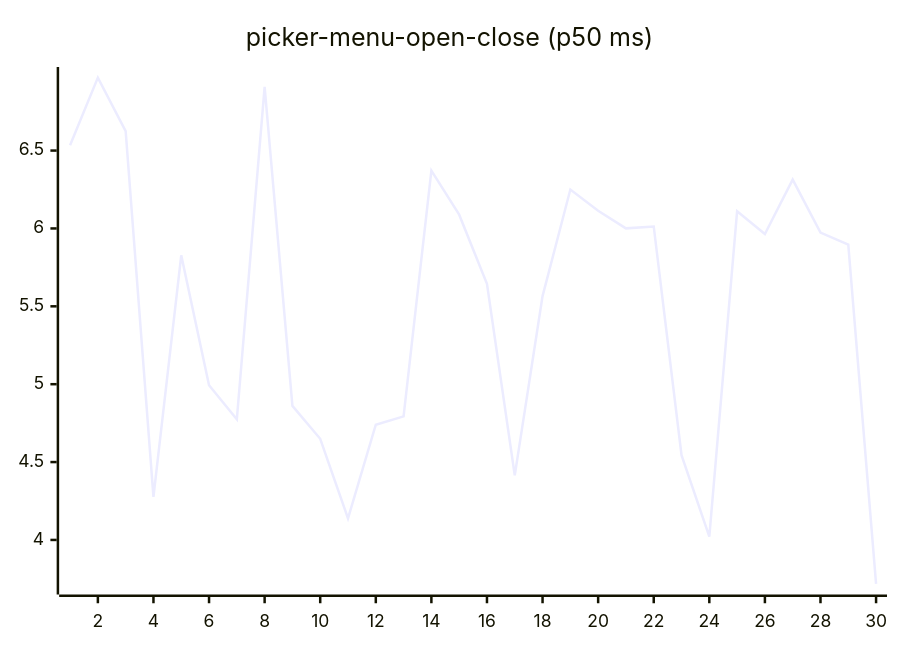
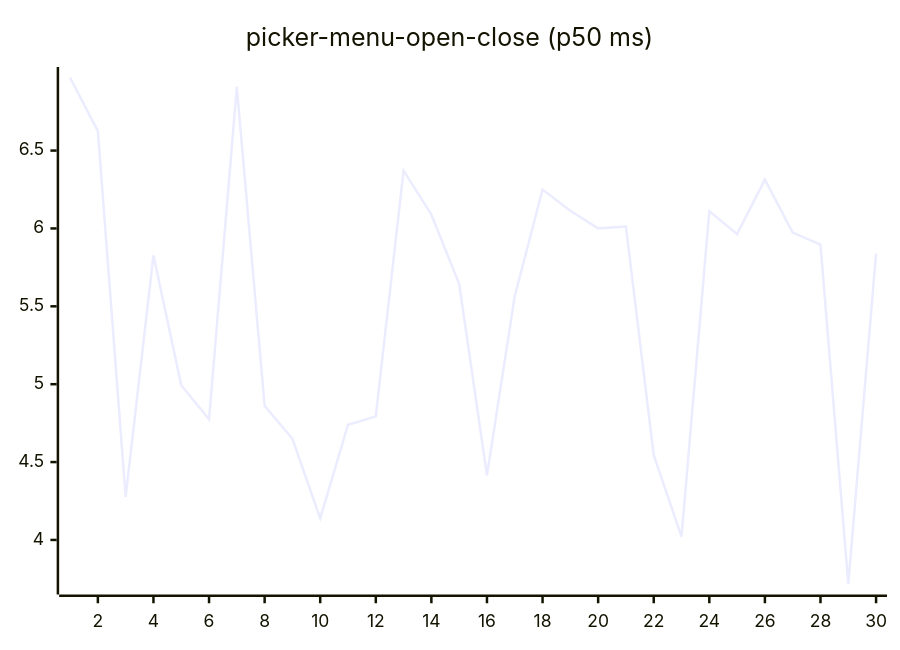
One commit to josha/Facet changed diagram 16 of 27 in README.md. Above: the diagram before and after it, drawn with Mermaid. The commit also changed other lines of this file and 2 other files, not shown here.

````diff
--- a/README.md
+++ b/README.md
@@ -168,6 +168,6 @@
 ```mermaid
 xychart-beta
     title "picker-menu-open-close (p50 ms)"
     x-axis 1 --> 30
-    line [6.5343, 6.9684, 6.6249, 4.2762, 5.8275, 4.9929, 4.7749, 6.9094, 4.8605, 4.6493, 4.1383, 4.7397, 4.7934, 6.3713, 6.0885, 5.6440, 4.4145, 5.5656, 6.2500, 6.1133, 6.0006, 6.0128, 4.5439, 4.0216, 6.1100, 5.9646, 6.3137, 5.9733, 5.8960, 3.7179]
+    line [6.9684, 6.6249, 4.2762, 5.8275, 4.9929, 4.7749, 6.9094, 4.8605, 4.6493, 4.1383, 4.7397, 4.7934, 6.3713, 6.0885, 5.6440, 4.4145, 5.5656, 6.2500, 6.1133, 6.0006, 6.0128, 4.5439, 4.0216, 6.1100, 5.9646, 6.3137, 5.9733, 5.8960, 3.7179, 5.8378]
 ```
````
